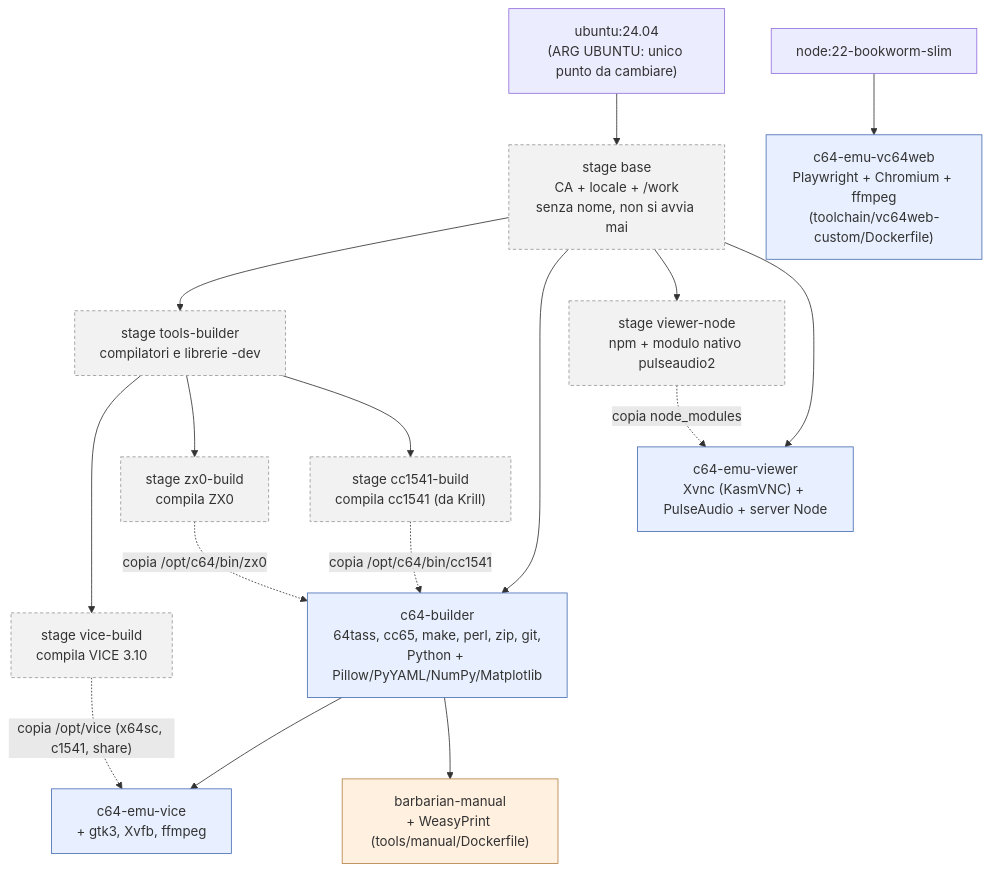
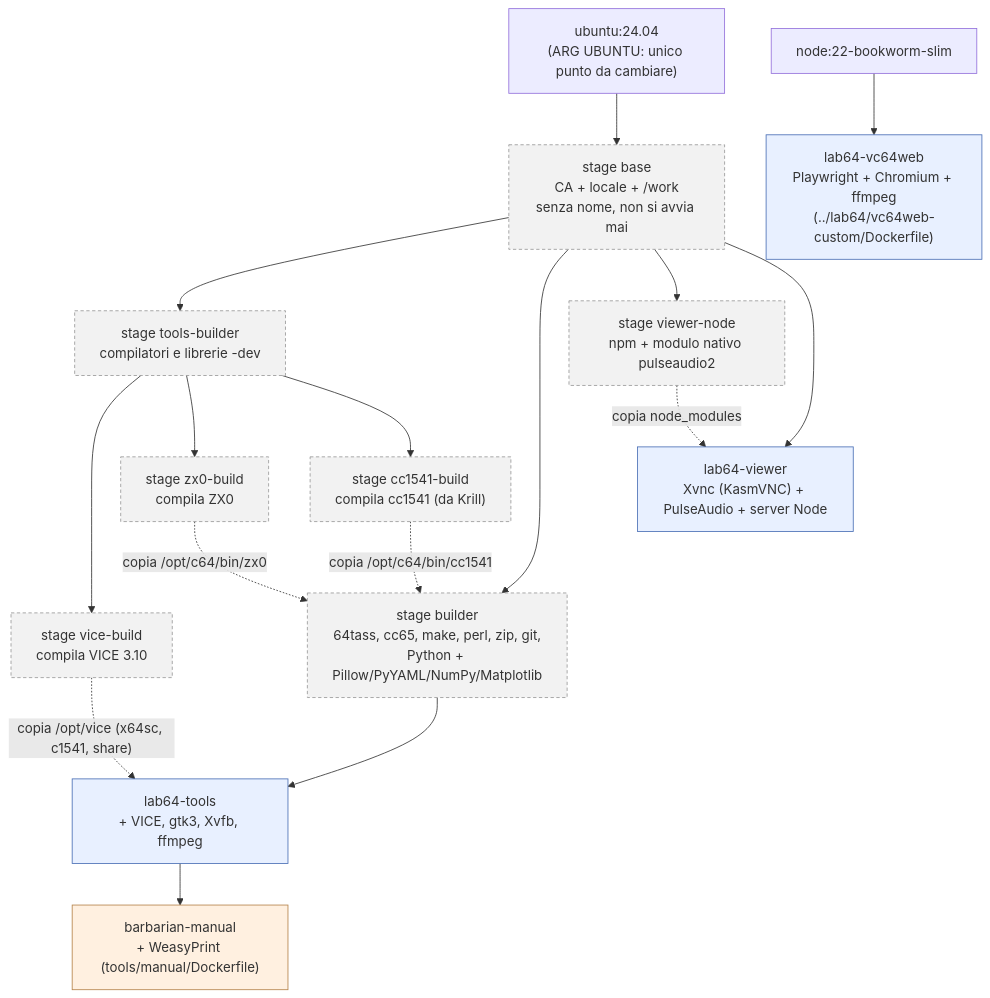
One commit to caporalesimone/barbarian-the-blood-path changed the first of 3 diagrams in docs/docker-architecture.md. Above: the diagram before and after it, drawn with Mermaid. The commit also changed other lines of this file and 201 other files, not shown here.

First line of the commit message:
Toolchain separata nel repository Lab64 (T2, prima parte)

````diff
--- a/docs/docker-architecture.md
+++ b/docs/docker-architecture.md
@@ -26,31 +28,31 @@
 ```mermaid
 flowchart TD
     UB["ubuntu:24.04<br/>(ARG UBUNTU: unico punto da cambiare)"] --> BASE["stage base<br/>CA + locale + /work<br/>senza nome, non si avvia mai"]
 
     BASE --> TB["stage tools-builder<br/>compilatori e librerie -dev"]
     TB --> VB["stage vice-build<br/>compila VICE 3.10"]
     TB --> ZB["stage zx0-build<br/>compila ZX0"]
     TB --> CB["stage cc1541-build<br/>compila cc1541 (da Krill)"]
 
-    BASE --> BLD["c64-builder<br/>64tass, cc65, make, perl, zip, git,<br/>Python + Pillow/PyYAML/NumPy/Matplotlib"]
+    BASE --> BLD["stage builder<br/>64tass, cc65, make, perl, zip, git,<br/>Python + Pillow/PyYAML/NumPy/Matplotlib"]
     ZB -. "copia /opt/c64/bin/zx0" .-> BLD
     CB -. "copia /opt/c64/bin/cc1541" .-> BLD
 
-    BLD --> EVICE["c64-emu-vice<br/>+ gtk3, Xvfb, ffmpeg"]
+    BLD --> EVICE["lab64-tools<br/>+ VICE, gtk3, Xvfb, ffmpeg"]
     VB -. "copia /opt/vice (x64sc, c1541, share)" .-> EVICE
 
     BASE --> VN["stage viewer-node<br/>npm + modulo nativo pulseaudio2"]
-    BASE --> VW["c64-emu-viewer<br/>Xvnc (KasmVNC) + PulseAudio + server Node"]
+    BASE --> VW["lab64-viewer<br/>Xvnc (KasmVNC) + PulseAudio + server Node"]
     VN -. "copia node_modules" .-> VW
 
-    BLD --> MAN["barbarian-manual<br/>+ WeasyPrint (tools/manual/Dockerfile)"]
+    EVICE --> MAN["barbarian-manual<br/>+ WeasyPrint (tools/manual/Dockerfile)"]
 
-    NODE["node:22-bookworm-slim"] --> VC["c64-emu-vc64web<br/>Playwright + Chromium + ffmpeg<br/>(toolchain/vc64web-custom/Dockerfile)"]
+    NODE["node:22-bookworm-slim"] --> VC["lab64-vc64web<br/>Playwright + Chromium + ffmpeg<br/>(../lab64/vc64web-custom/Dockerfile)"]
 
     classDef gen fill:#e8f0ff,stroke:#4a6fb5;
     classDef game fill:#fff0e0,stroke:#b5834a;
     classDef stage fill:#f2f2f2,stroke:#999,stroke-dasharray:4 3;
-    class BLD,EVICE,VW,VC gen;
+    class EVICE,VW,VC gen;
     class MAN game;
-    class BASE,TB,VB,ZB,CB,VN stage;
+    class BASE,TB,VB,ZB,CB,VN,BLD stage;
 ```
````
